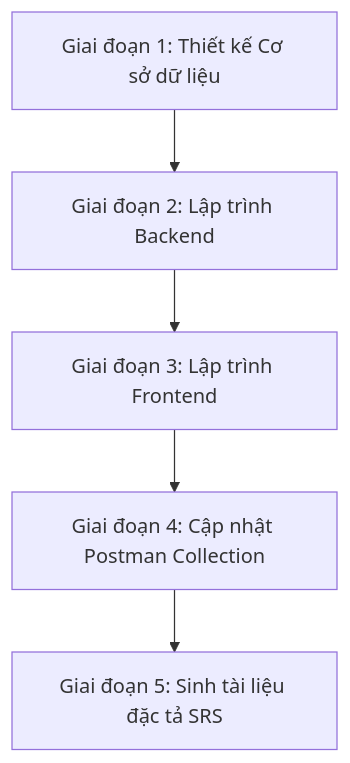
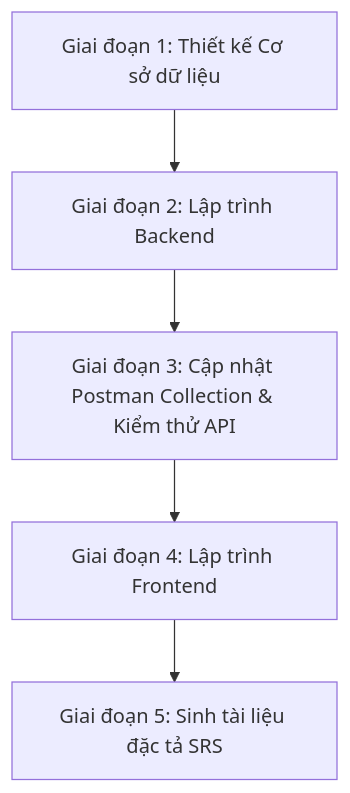
Before and after one commit to Alumnect/Alumnect: the first of 3 diagrams in docs/Workflow.md, drawn with Mermaid. The commit also changed other lines of this file and 7 other files, not shown here.

````diff
--- a/docs/Workflow.md
+++ b/docs/Workflow.md
@@ -13,7 +27,7 @@
 ```mermaid
 graph TD
     A[Giai đoạn 1: Thiết kế Cơ sở dữ liệu] --> B[Giai đoạn 2: Lập trình Backend]
-    B --> C[Giai đoạn 3: Lập trình Frontend]
-    C --> D[Giai đoạn 4: Cập nhật Postman Collection]
+    B --> C[Giai đoạn 3: Cập nhật Postman Collection & Kiểm thử API]
+    C --> D[Giai đoạn 4: Lập trình Frontend]
     D --> E[Giai đoạn 5: Sinh tài liệu đặc tả SRS]
 ```
````
